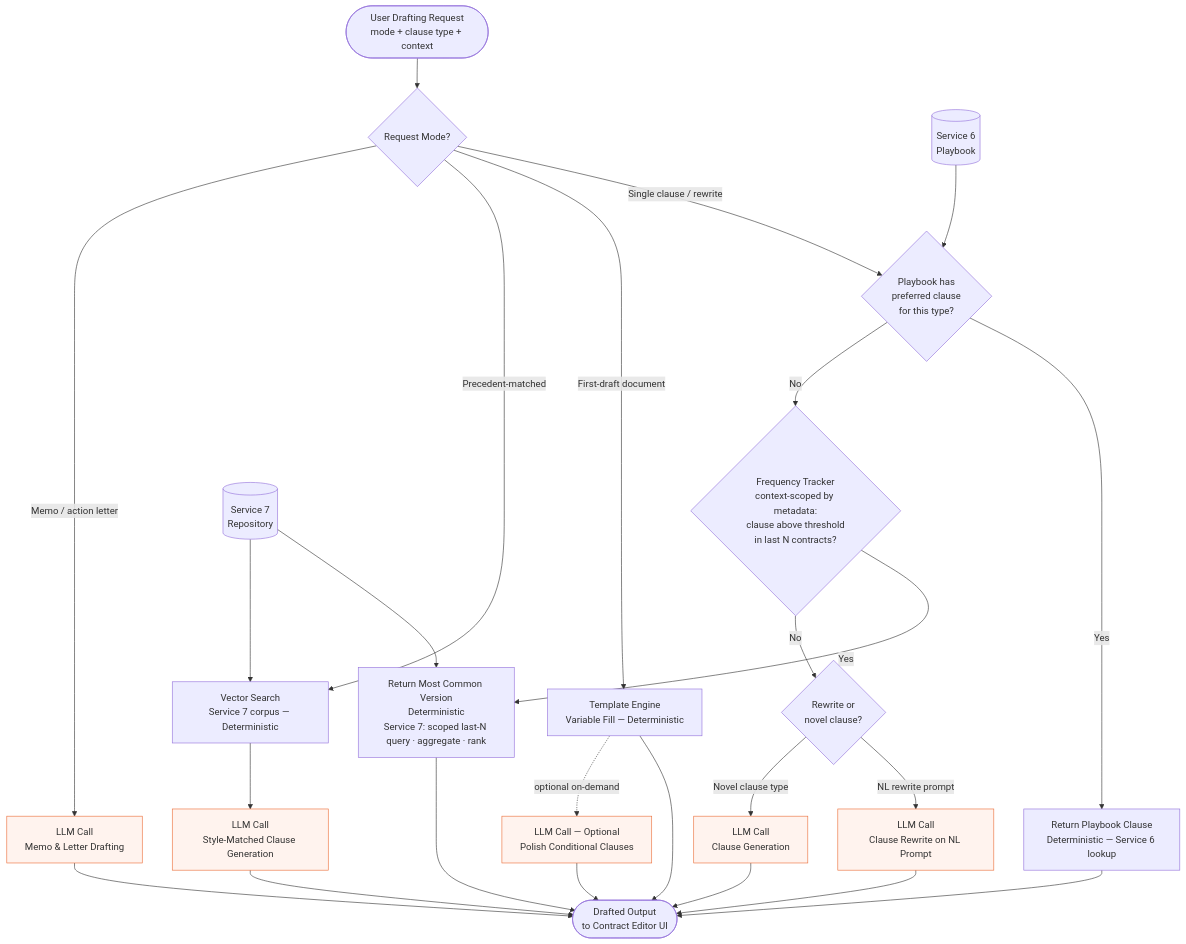
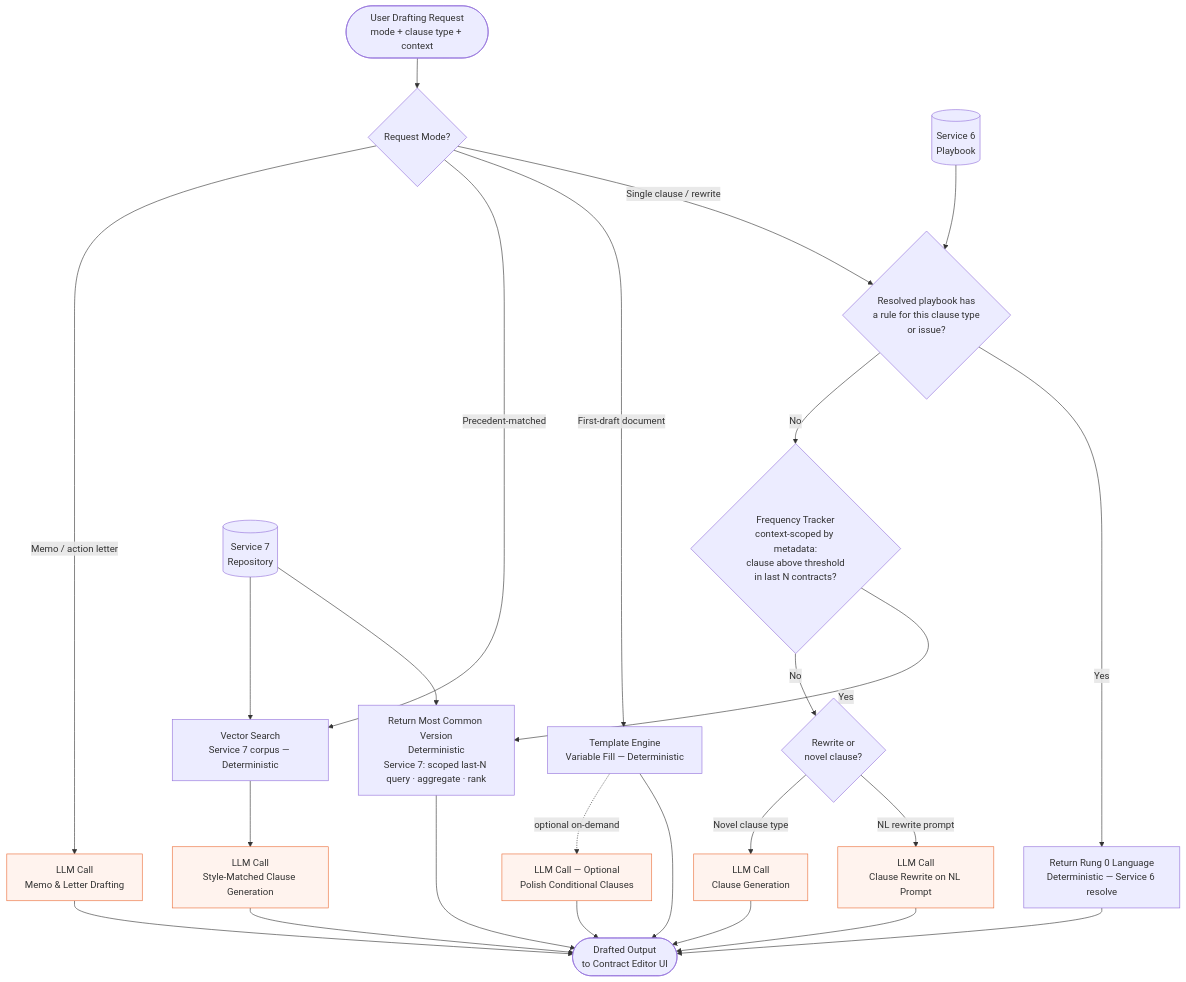
One commit to Athish49/Precedent changed the fifth of 16 diagrams in development_docs/Architecture.md. Above: the diagram before and after it, drawn with Mermaid. The commit also changed other lines of this file and 308 other files, not shown here.

````diff
--- a/development_docs/Architecture.md
+++ b/development_docs/Architecture.md
@@ -217,40 +259,40 @@
 ```mermaid
 flowchart TD
     REQ([User Drafting Request\nmode + clause type + context]) --> MODE{Request Mode?}
 
-    MODE -->|Single clause / rewrite| CHK1{Playbook has\npreferred clause\nfor this type?}
+    MODE -->|Single clause / rewrite| CHK1{Resolved playbook has\na rule for this clause type\nor issue?}
     MODE -->|First-draft document| TE[Template Engine\nVariable Fill — Deterministic]
     MODE -->|Precedent-matched| VS[Vector Search\nService 7 corpus — Deterministic]
     MODE -->|Memo / action letter| MD[LLM Call\nMemo & Letter Drafting]
 
-    CHK1 -->|Yes| PBC[Return Playbook Clause\nDeterministic — Service 6 lookup]
+    CHK1 -->|Yes| PBC[Return Rung 0 Language\nDeterministic — Service 6 resolve]
     CHK1 -->|No| CHK2{Frequency Tracker\ncontext-scoped by metadata:\nclause above threshold\nin last N contracts?}
 
     CHK2 -->|Yes| FTC[Return Most Common Version\nDeterministic\nService 7: scoped last-N query · aggregate · rank]
     CHK2 -->|No| GEN{Rewrite or\nnovel clause?}
 
     GEN -->|NL rewrite prompt| NL[LLM Call\nClause Rewrite on NL Prompt]
     GEN -->|Novel clause type| DC[LLM Call\nClause Generation]
 
     TE --> OUT([Drafted Output\nto Contract Editor UI])
     TE -.->|optional on-demand| TEP[LLM Call — Optional\nPolish Conditional Clauses]
     VS --> VSP[LLM Call\nStyle-Matched Clause Generation]
 
     S6[(Service 6\nPlaybook)] --> CHK1
     S7[(Service 7\nRepository)] --> FTC
     S7 --> VS
 
     PBC --> OUT
     FTC --> OUT
     NL --> OUT
     DC --> OUT
     TEP --> OUT
     VSP --> OUT
     MD --> OUT
 
     style NL fill:#fff3ee,stroke:#eb6c36
     style TEP fill:#fff3ee,stroke:#eb6c36
     style VSP fill:#fff3ee,stroke:#eb6c36
     style MD fill:#fff3ee,stroke:#eb6c36
     style DC fill:#fff3ee,stroke:#eb6c36
 ```
````
